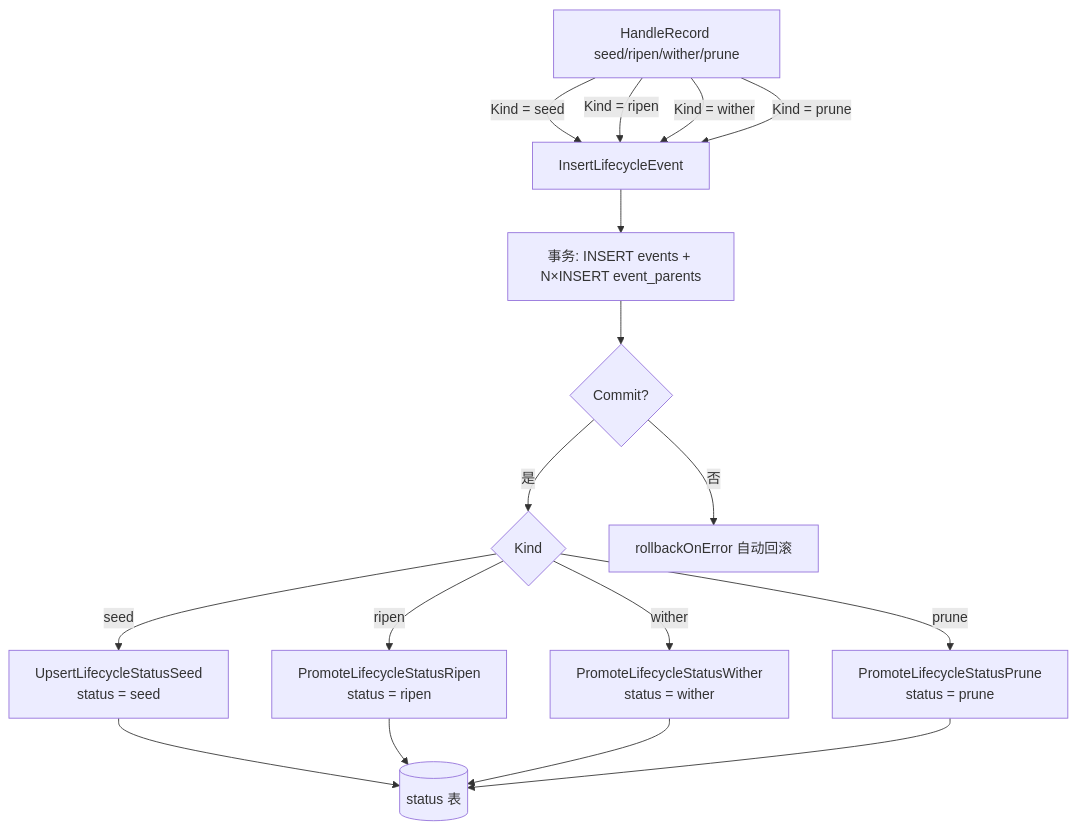
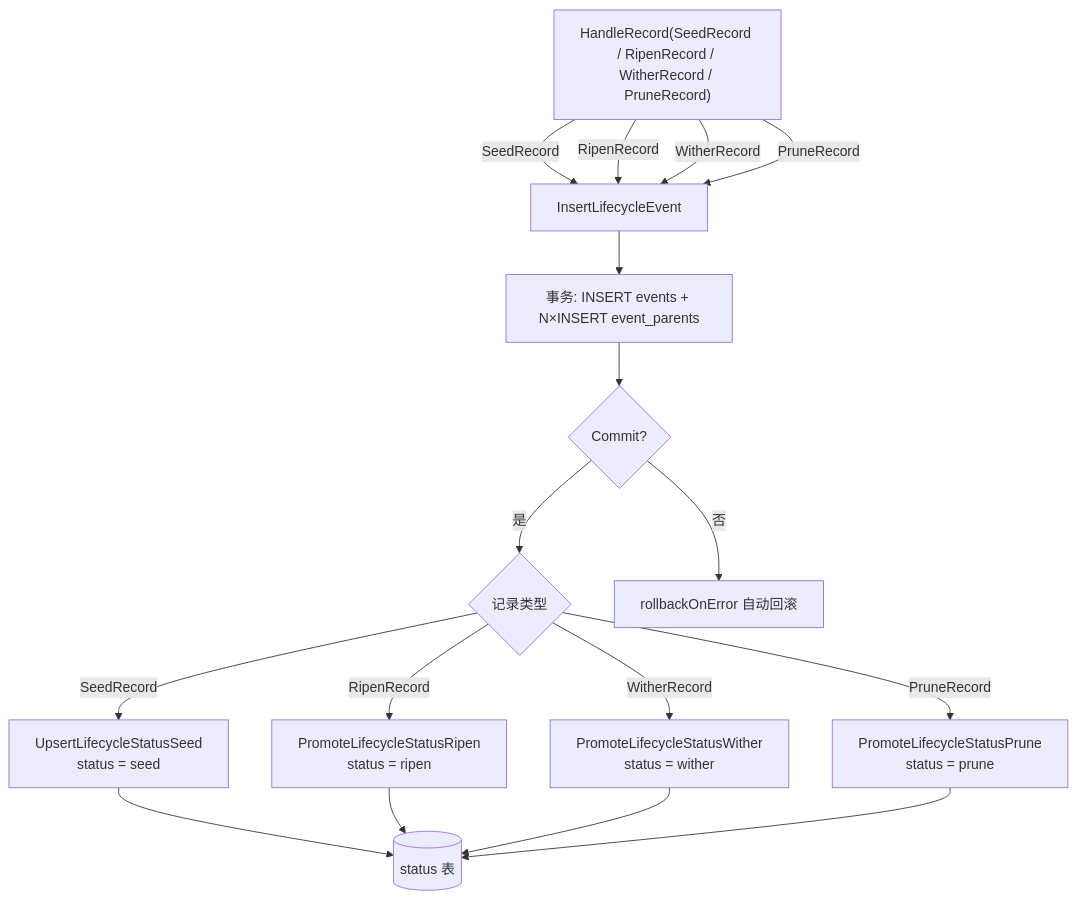
The first of 2 diagrams in docs/zh-CN/pkg/persist/sqlite.md (Mr-xiaotian/CelestialGrow), drawn with Mermaid before and after one commit. The commit also changed other lines of this file and 49 other files, not shown here.

````diff
--- a/docs/zh-CN/pkg/persist/sqlite.md
+++ b/docs/zh-CN/pkg/persist/sqlite.md
@@ -222,19 +222,19 @@
 ```mermaid
 flowchart TD
-    A["HandleRecord seed/ripen/wither/prune"] -->|Kind = seed| B[InsertLifecycleEvent]
-    A -->|Kind = ripen| B
-    A -->|Kind = wither| B
-    A -->|Kind = prune| B
+    A["HandleRecord(SeedRecord / RipenRecord / WitherRecord / PruneRecord)"] -->|"SeedRecord"| B[InsertLifecycleEvent]
+    A -->|"RipenRecord"| B
+    A -->|"WitherRecord"| B
+    A -->|"PruneRecord"| B
     B --> C["事务: INSERT events + N×INSERT event_parents"]
     C --> D{Commit?}
-    D -->|是| E{Kind}
-    E -->|seed| F1[UpsertLifecycleStatusSeed<br/>status = seed]
-    E -->|ripen| F2[PromoteLifecycleStatusRipen<br/>status = ripen]
-    E -->|wither| F3[PromoteLifecycleStatusWither<br/>status = wither]
-    E -->|prune| F4[PromoteLifecycleStatusPrune<br/>status = prune]
+    D -->|是| E{记录类型}
+    E -->|SeedRecord| F1[UpsertLifecycleStatusSeed<br/>status = seed]
+    E -->|RipenRecord| F2[PromoteLifecycleStatusRipen<br/>status = ripen]
+    E -->|WitherRecord| F3[PromoteLifecycleStatusWither<br/>status = wither]
+    E -->|PruneRecord| F4[PromoteLifecycleStatusPrune<br/>status = prune]
     D -->|否| F[rollbackOnError 自动回滚]
     F1 --> G[(status 表)]
     F2 --> G
     F3 --> G
     F4 --> G
 ```
````
